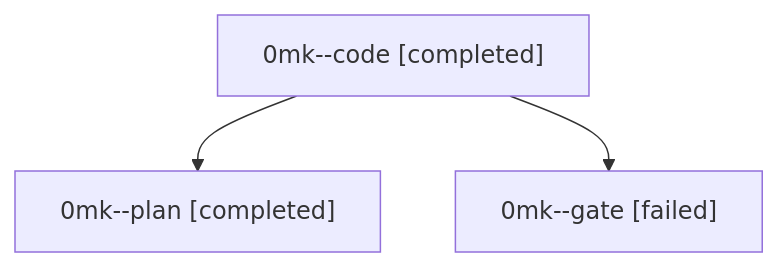
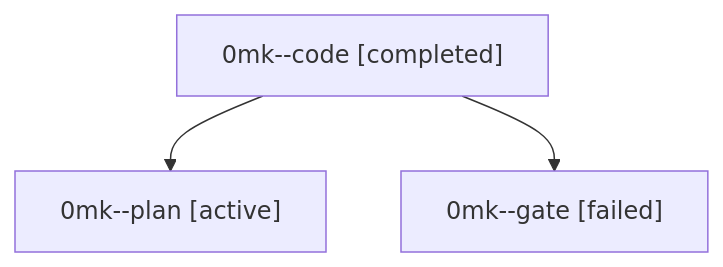
The diagram in families/bbugyi200.athena.0mk.md (sase-org/sase--agents), drawn with Mermaid before and after one commit. The commit also changed other lines of this file and 35830 other files, not shown here.

````diff
--- a/families/bbugyi200.athena.0mk.md
+++ b/families/bbugyi200.athena.0mk.md
@@ -9,8 +9,8 @@
 ```mermaid
 flowchart TD
   n0["0mk--code [completed]"]
-  n1["0mk--plan [completed]"]
+  n1["0mk--plan [active]"]
   n0 --> n1
   n2["0mk--gate [failed]"]
   n0 --> n2
 ```
````
